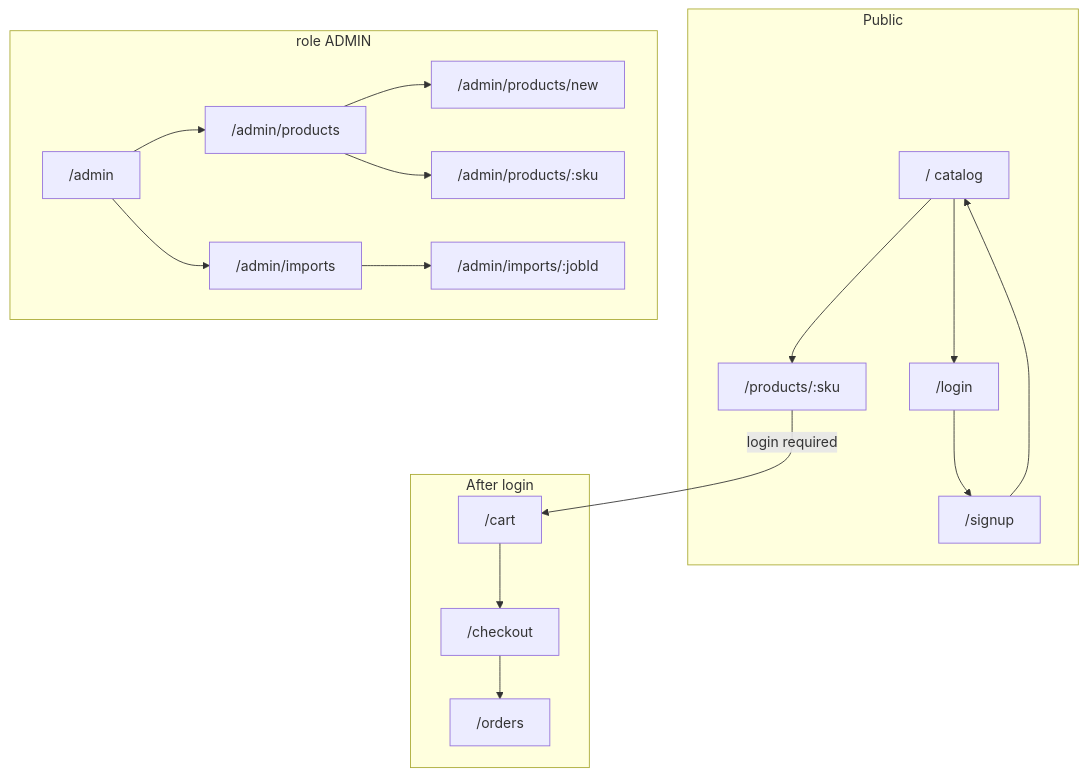
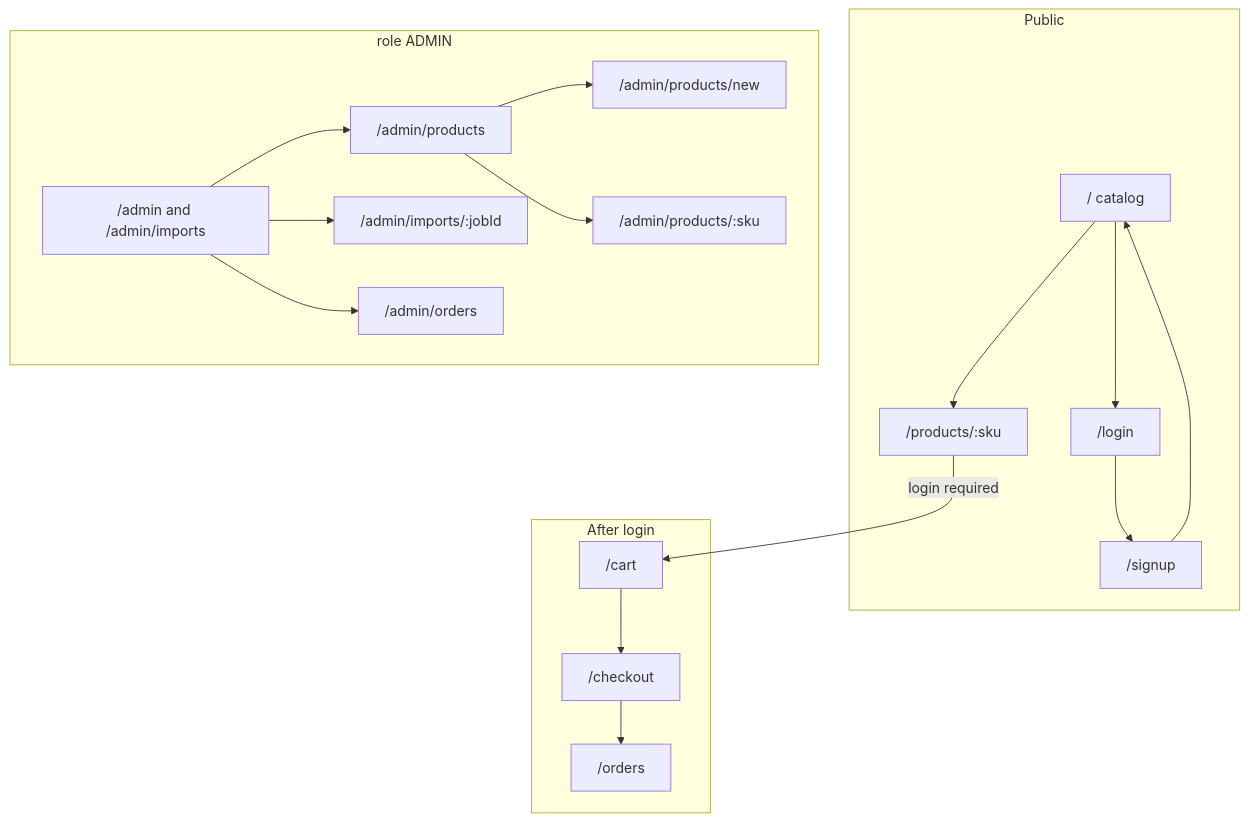
Before and after one commit to garicharo/ecommerce: the second of 9 diagrams in DIAGRAMS.md, drawn with Mermaid. The commit also changed other lines of this file and 104 other files, not shown here.

````diff
--- a/DIAGRAMS.md
+++ b/DIAGRAMS.md
@@ -30,37 +30,37 @@
 ```mermaid
 flowchart TB
   subgraph public [Public]
     Home["/ catalog"]
     Detail["/products/:sku"]
     Login["/login"]
     Signup["/signup"]
   end
 
   subgraph shopper [After login]
     Cart["/cart"]
     Checkout["/checkout"]
     Orders["/orders"]
   end
 
   subgraph admin [role ADMIN]
-    AHome["/admin"]
+    Imports["/admin and /admin/imports"]
     Products["/admin/products"]
     PNew["/admin/products/new"]
     PEdit["/admin/products/:sku"]
-    Imports["/admin/imports"]
     Job["/admin/imports/:jobId"]
+    AOrders["/admin/orders"]
   end
 
   Home --> Detail
   Detail -->|"login required"| Cart
   Cart --> Checkout
   Checkout --> Orders
   Home --> Login
   Login --> Signup
   Signup --> Home
-  AHome --> Products
+  Imports --> Products
   Products --> PNew
   Products --> PEdit
-  AHome --> Imports
   Imports --> Job
+  Imports --> AOrders
 ```
````
